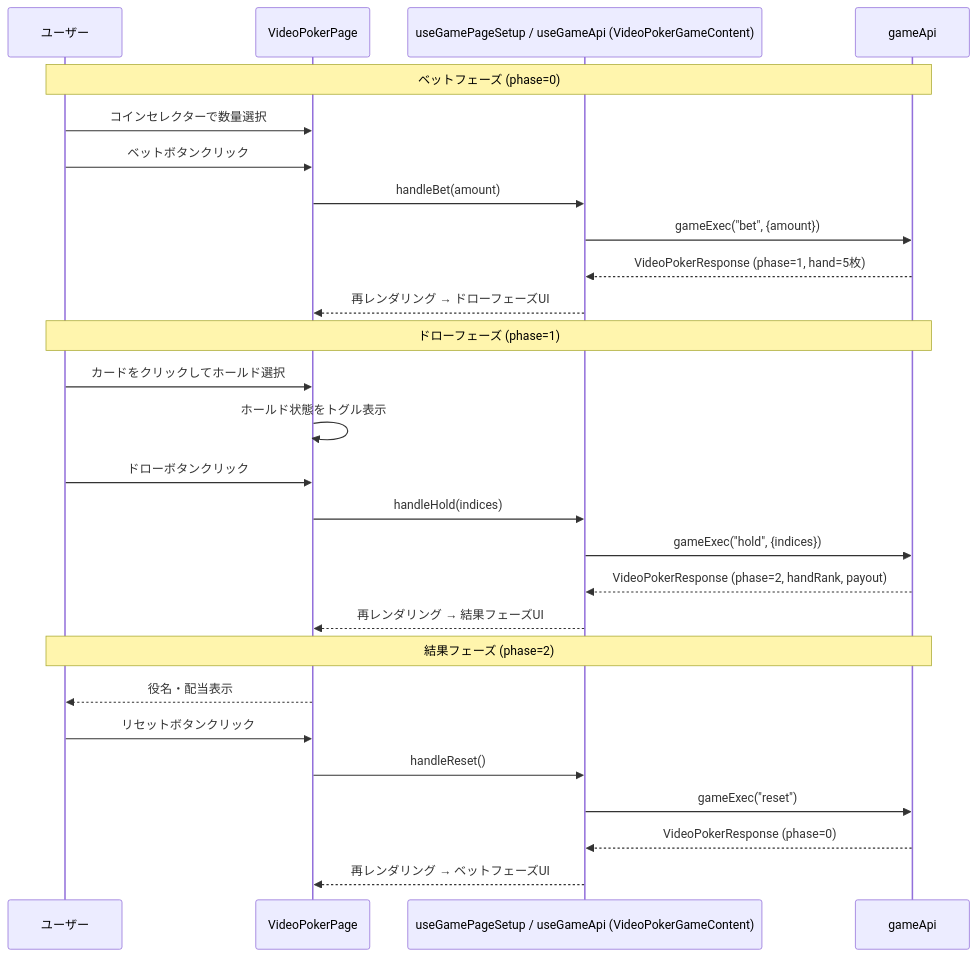
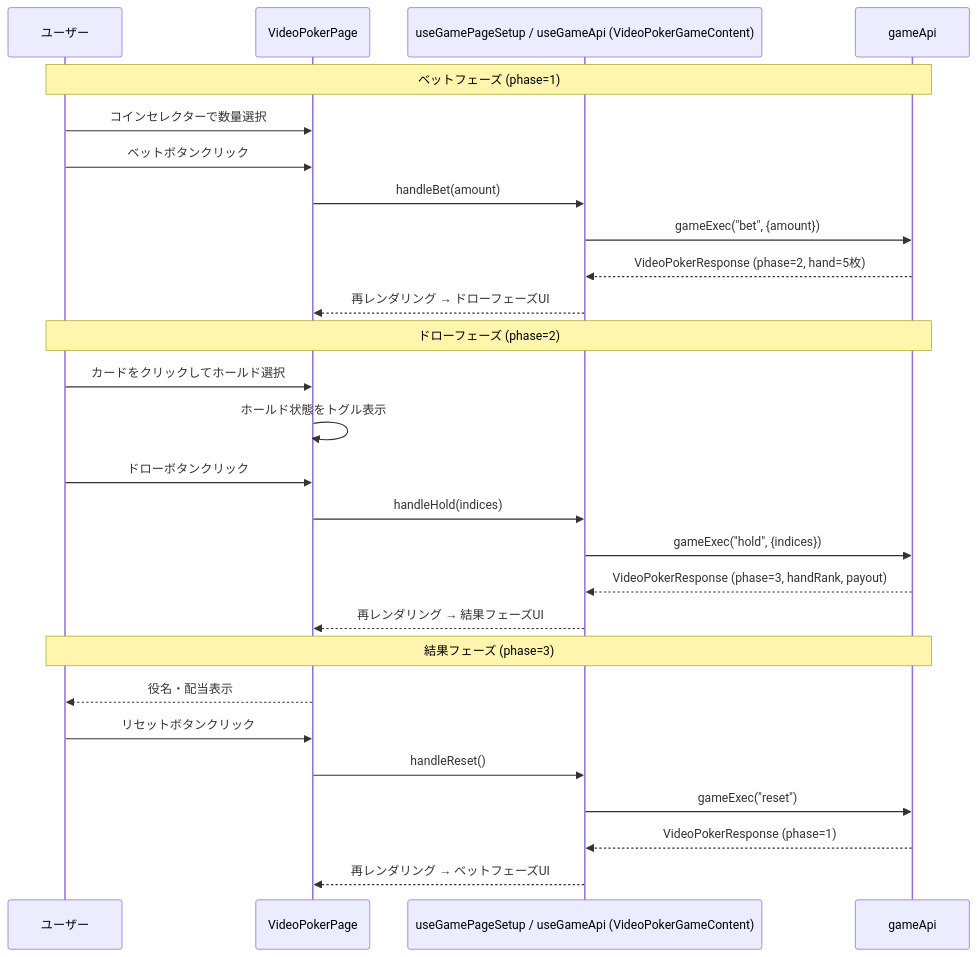
One commit to yuta-yoshinaga/go_trumpcards changed diagram 14 of 49 in docs/design/frontend.md. Above: the diagram before and after it, drawn with Mermaid. The commit also changed other lines of this file, not shown here.

````diff
--- a/docs/design/frontend.md
+++ b/docs/design/frontend.md
@@ -2213,32 +2212,32 @@
 ```mermaid
 sequenceDiagram
     participant User as ユーザー
     participant Page as VideoPokerPage
     participant Hook as useGamePageSetup / useGameApi (VideoPokerGameContent)
     participant API as gameApi
 
-    Note over User,API: ベットフェーズ (phase=0)
+    Note over User,API: ベットフェーズ (phase=1)
     User->>Page: コインセレクターで数量選択
     User->>Page: ベットボタンクリック
     Page->>Hook: handleBet(amount)
     Hook->>API: gameExec("bet", {amount})
-    API-->>Hook: VideoPokerResponse (phase=1, hand=5枚)
+    API-->>Hook: VideoPokerResponse (phase=2, hand=5枚)
     Hook-->>Page: 再レンダリング → ドローフェーズUI
 
-    Note over User,API: ドローフェーズ (phase=1)
+    Note over User,API: ドローフェーズ (phase=2)
     User->>Page: カードをクリックしてホールド選択
     Page->>Page: ホールド状態をトグル表示
     User->>Page: ドローボタンクリック
     Page->>Hook: handleHold(indices)
     Hook->>API: gameExec("hold", {indices})
-    API-->>Hook: VideoPokerResponse (phase=2, handRank, payout)
+    API-->>Hook: VideoPokerResponse (phase=3, handRank, payout)
     Hook-->>Page: 再レンダリング → 結果フェーズUI
 
-    Note over User,API: 結果フェーズ (phase=2)
+    Note over User,API: 結果フェーズ (phase=3)
     Page-->>User: 役名・配当表示
     User->>Page: リセットボタンクリック
     Page->>Hook: handleReset()
     Hook->>API: gameExec("reset")
-    API-->>Hook: VideoPokerResponse (phase=0)
+    API-->>Hook: VideoPokerResponse (phase=1)
     Hook-->>Page: 再レンダリング → ベットフェーズUI
 ```
````
